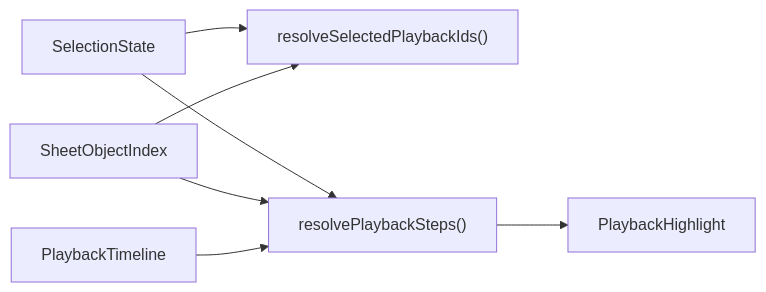
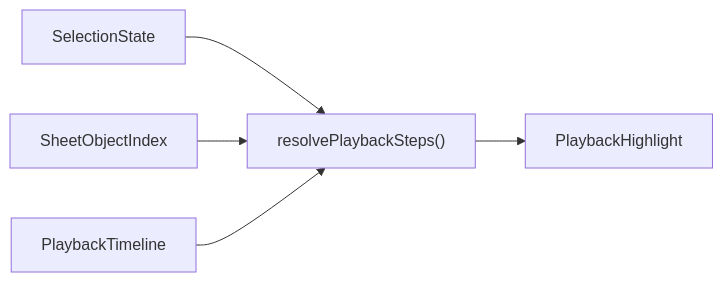
The fourth of 5 diagrams in docs/phase-5/architektur_selection_perspektiven.md (bwl21/zupfnoter-ts), drawn with Mermaid before and after one commit. The commit also changed other lines of this file and 23 other files, not shown here.

First line of the commit message:
Stabilize selection voice identity and document the architecture issue

````diff
--- a/docs/phase-5/architektur_selection_perspektiven.md
+++ b/docs/phase-5/architektur_selection_perspektiven.md
@@ -466,16 +498,13 @@
 ```mermaid
 flowchart LR
     Selection["SelectionState"]
     Index["SheetObjectIndex"]
-    PlaybackIds["resolveSelectedPlaybackIds()"]
     Timeline["PlaybackTimeline"]
     Steps["resolvePlaybackSteps()"]
     Highlight["PlaybackHighlight"]
 
-    Selection --> PlaybackIds
-    Index --> PlaybackIds
     Selection --> Steps
     Index --> Steps
     Timeline --> Steps
     Steps --> Highlight
 ```
````
